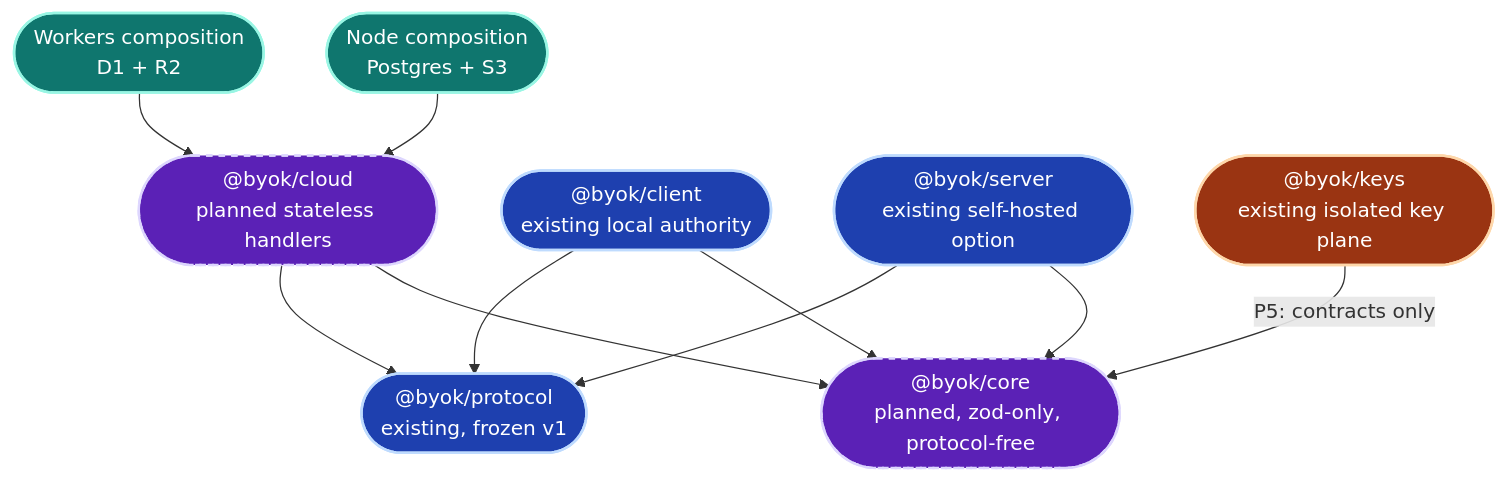
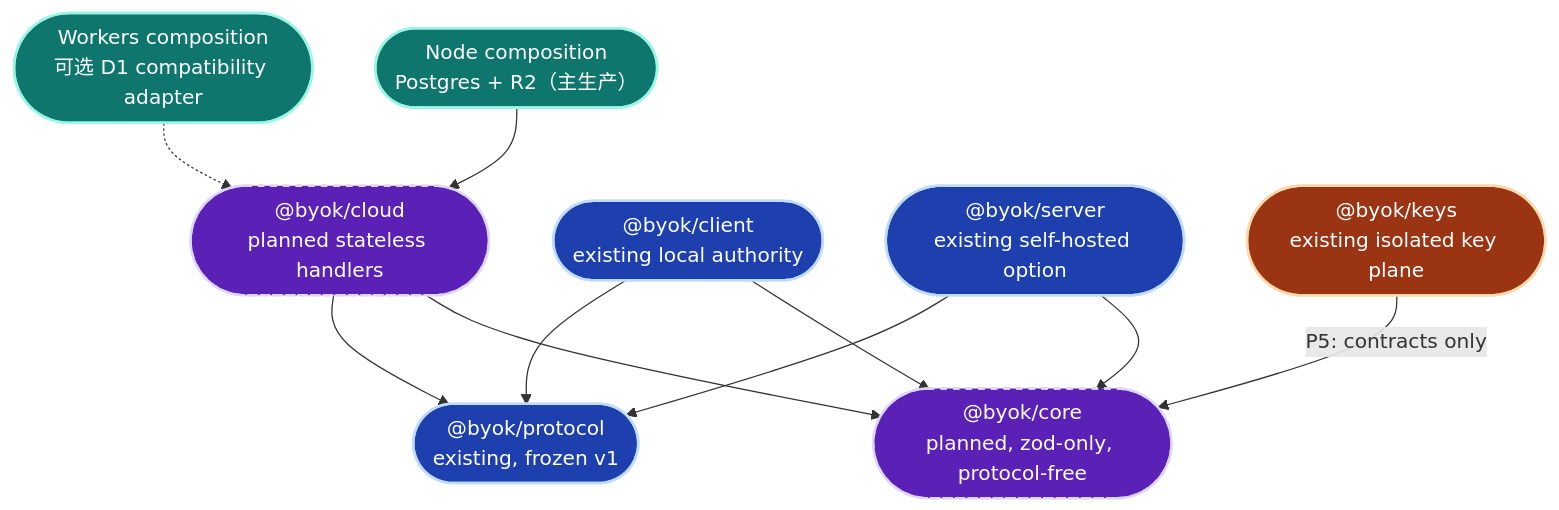
Diagram 16 of 23 in docs/architecture/sdk-architecture.md (Ancienttwo/byok-sdk), drawn with Mermaid before and after one commit. The commit also changed other lines of this file and 2 other files, not shown here.

First line of the commit message:
docs(architecture): merge GPT Pro v2 storage/quota increments

````diff
--- a/docs/architecture/sdk-architecture.md
+++ b/docs/architecture/sdk-architecture.md
@@ -910,29 +912,29 @@
 ```mermaid
 flowchart TB
   classDef existing fill:#1e40af,stroke:#bfdbfe,stroke-width:2px,color:#fff
   classDef planned fill:#5b21b6,stroke:#ddd6fe,stroke-width:2px,color:#fff
   classDef isolated fill:#9a3412,stroke:#fed7aa,stroke-width:2px,color:#fff
   classDef deploy fill:#0f766e,stroke:#99f6e4,stroke-width:2px,color:#fff
 
   Protocol(["@byok/protocol<br/>existing, frozen v1"]):::existing
   Core(["@byok/core<br/>planned, zod-only, protocol-free"]):::planned
   Cloud(["@byok/cloud<br/>planned stateless handlers"]):::planned
   Client(["@byok/client<br/>existing local authority"]):::existing
   Server(["@byok/server<br/>existing self-hosted option"]):::existing
   Keys(["@byok/keys<br/>existing isolated key plane"]):::isolated
-  Node(["Node composition<br/>Postgres + S3"]):::deploy
-  Workers(["Workers composition<br/>D1 + R2"]):::deploy
+  Node(["Node composition<br/>Postgres + R2（主生产）"]):::deploy
+  Workers(["Workers composition<br/>可选 D1 compatibility adapter"]):::deploy
 
   Cloud --> Core
   Cloud --> Protocol
   Client --> Core
   Client --> Protocol
   Server --> Core
   Server --> Protocol
   Keys -->|"P5: contracts only"| Core
   Node --> Cloud
-  Workers --> Cloud
+  Workers -.-> Cloud
 
   style Core stroke-dasharray:5 5
   style Cloud stroke-dasharray:5 5
 ```
````
